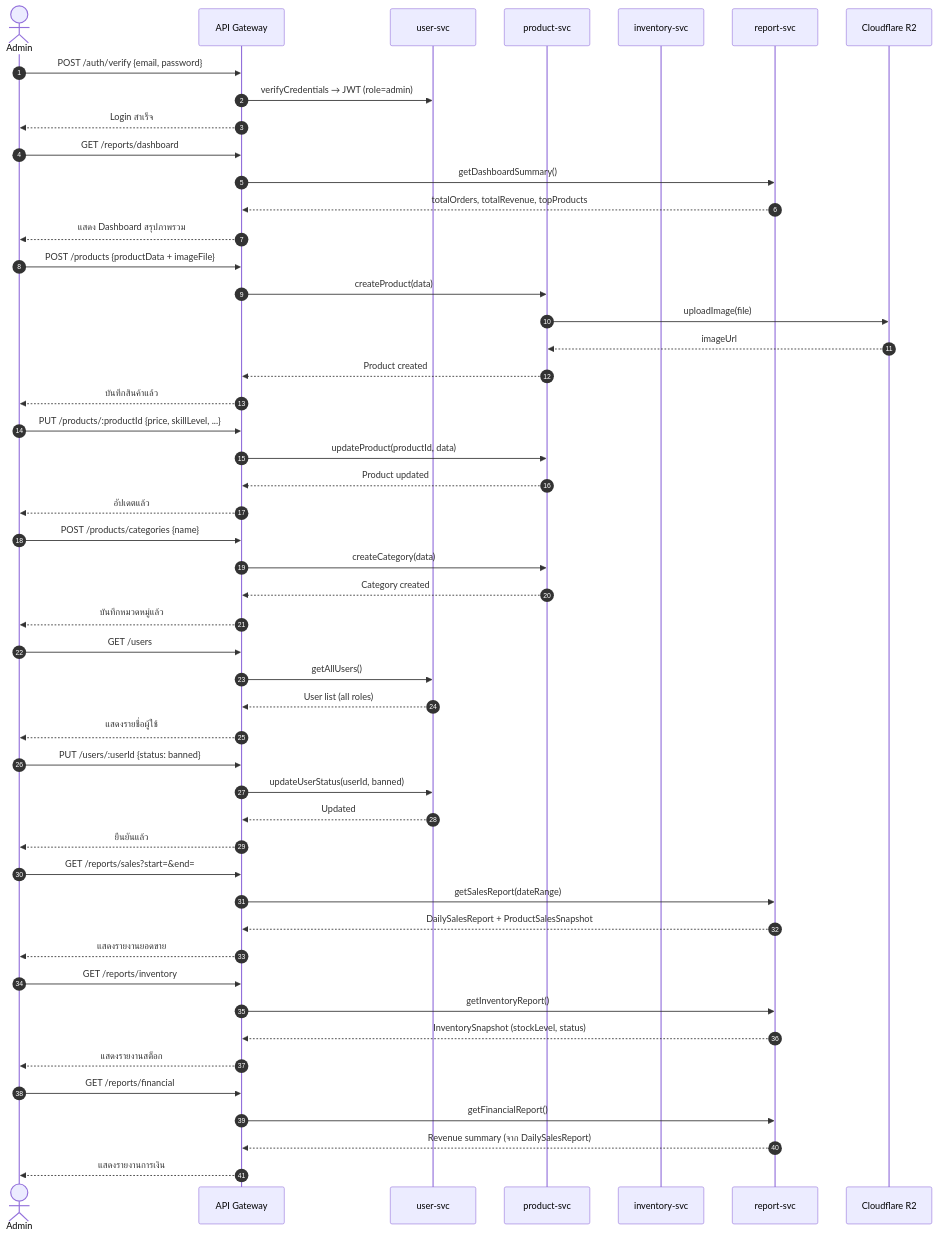
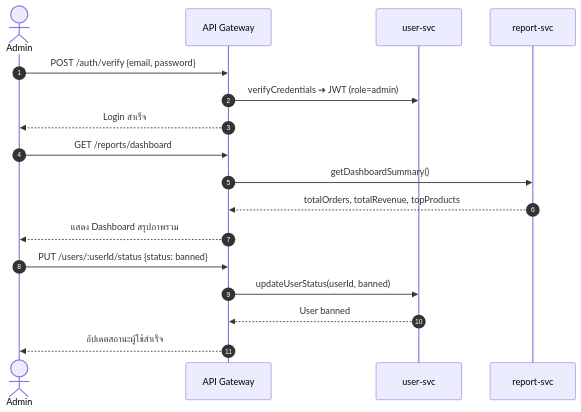
One commit to csi204/musicgear changed the fifth of 6 diagrams in README.md. Above: the diagram before and after it, drawn with Mermaid. The commit also changed other lines of this file, not shown here.

Commit message:
docs: comprehensive rewrite based on dev codebase map (roles and features realignment)

````diff
--- a/README.md
+++ b/README.md
@@ -930,71 +954,25 @@
 ```mermaid
 sequenceDiagram
     autonumber
     actor A as Admin
     participant GW as API Gateway
     participant US as user-svc
-    participant PS as product-svc
-    participant InvS as inventory-svc
     participant Rep as report-svc
-    participant R2 as Cloudflare R2
 
     %% Login
     A->>GW: POST /auth/verify  {email, password}
-    GW->>US: verifyCredentials → JWT (role=admin)
+    GW->>US: verifyCredentials ➔ JWT (role=admin)
     GW-->>A: Login สำเร็จ
 
-    %% Admin Dashboard
+    %% Admin Dashboard & Reports
     A->>GW: GET /reports/dashboard
     GW->>Rep: getDashboardSummary()
     Rep-->>GW: totalOrders, totalRevenue, topProducts
     GW-->>A: แสดง Dashboard สรุปภาพรวม
 
-    %% Manage Product — Create
-    A->>GW: POST /products  {productData + imageFile}
-    GW->>PS: createProduct(data)
-    PS->>R2: uploadImage(file)
-    R2-->>PS: imageUrl
-    PS-->>GW: Product created
-    GW-->>A: บันทึกสินค้าแล้ว
-
-    %% Manage Product — Edit (รวม skillLevel)
-    A->>GW: PUT /products/:productId  {price, skillLevel, ...}
-    GW->>PS: updateProduct(productId, data)
-    PS-->>GW: Product updated
-    GW-->>A: อัปเดตแล้ว
-
-    %% Manage Category / Brand
-    A->>GW: POST /products/categories  {name}
-    GW->>PS: createCategory(data)
-    PS-->>GW: Category created
-    GW-->>A: บันทึกหมวดหมู่แล้ว
-
-    %% Manage Users
-    A->>GW: GET /users
-    GW->>US: getAllUsers()
-    US-->>GW: User list (all roles)
-    GW-->>A: แสดงรายชื่อผู้ใช้
-
-    A->>GW: PUT /users/:userId  {status: banned}
+    %% Manage Users (Suspend/Ban)
+    A->>GW: PUT /users/:userId/status {status: banned}
     GW->>US: updateUserStatus(userId, banned)
-    US-->>GW: Updated
-    GW-->>A: ยืนยันแล้ว
-
-    %% Sales Report
-    A->>GW: GET /reports/sales?start=&end=
-    GW->>Rep: getSalesReport(dateRange)
-    Rep-->>GW: DailySalesReport + ProductSalesSnapshot
-    GW-->>A: แสดงรายงานยอดขาย
-
-    %% Inventory Report
-    A->>GW: GET /reports/inventory
-    GW->>Rep: getInventoryReport()
-    Rep-->>GW: InventorySnapshot (stockLevel, status)
-    GW-->>A: แสดงรายงานสต็อก
-
-    %% Financial Report
-    A->>GW: GET /reports/financial
-    GW->>Rep: getFinancialReport()
-    Rep-->>GW: Revenue summary (จาก DailySalesReport)
-    GW-->>A: แสดงรายงานการเงิน
+    US-->>GW: User banned
+    GW-->>A: อัปเดตสถานะผู้ใช้สำเร็จ
 ```
````
